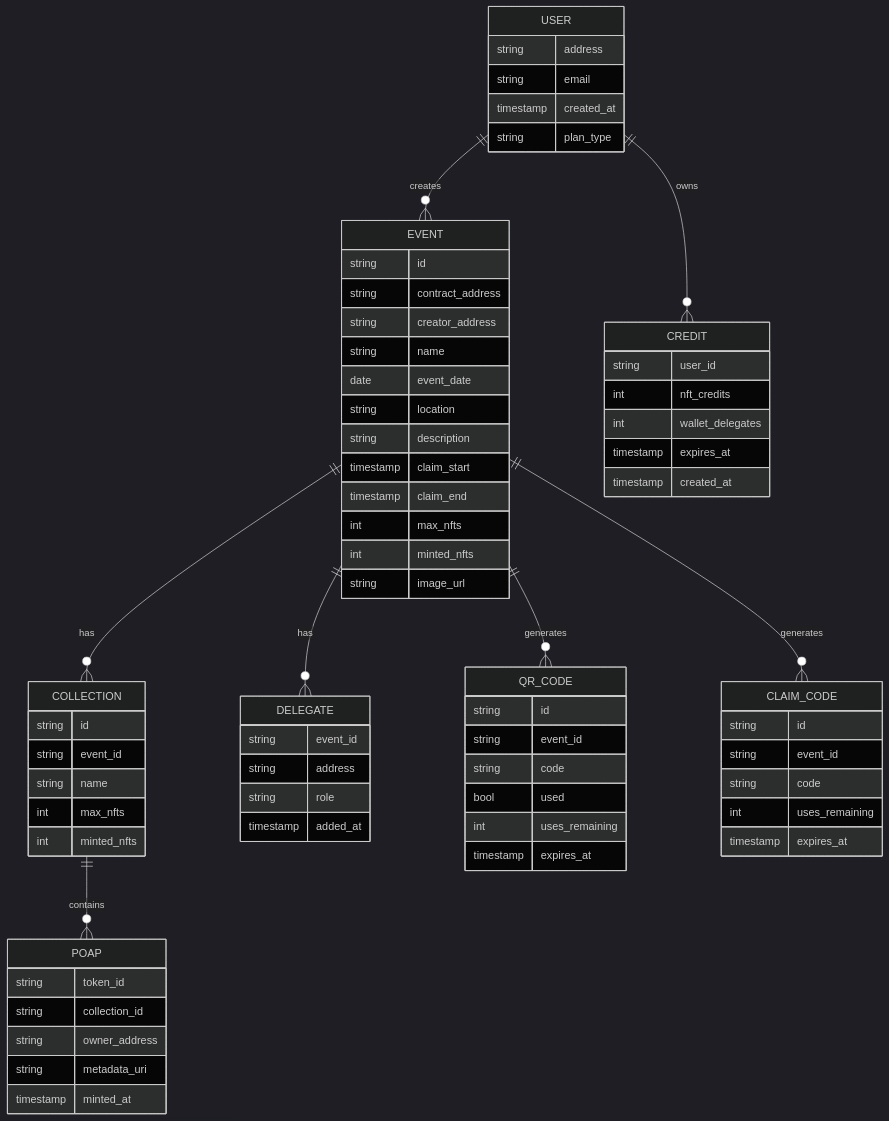
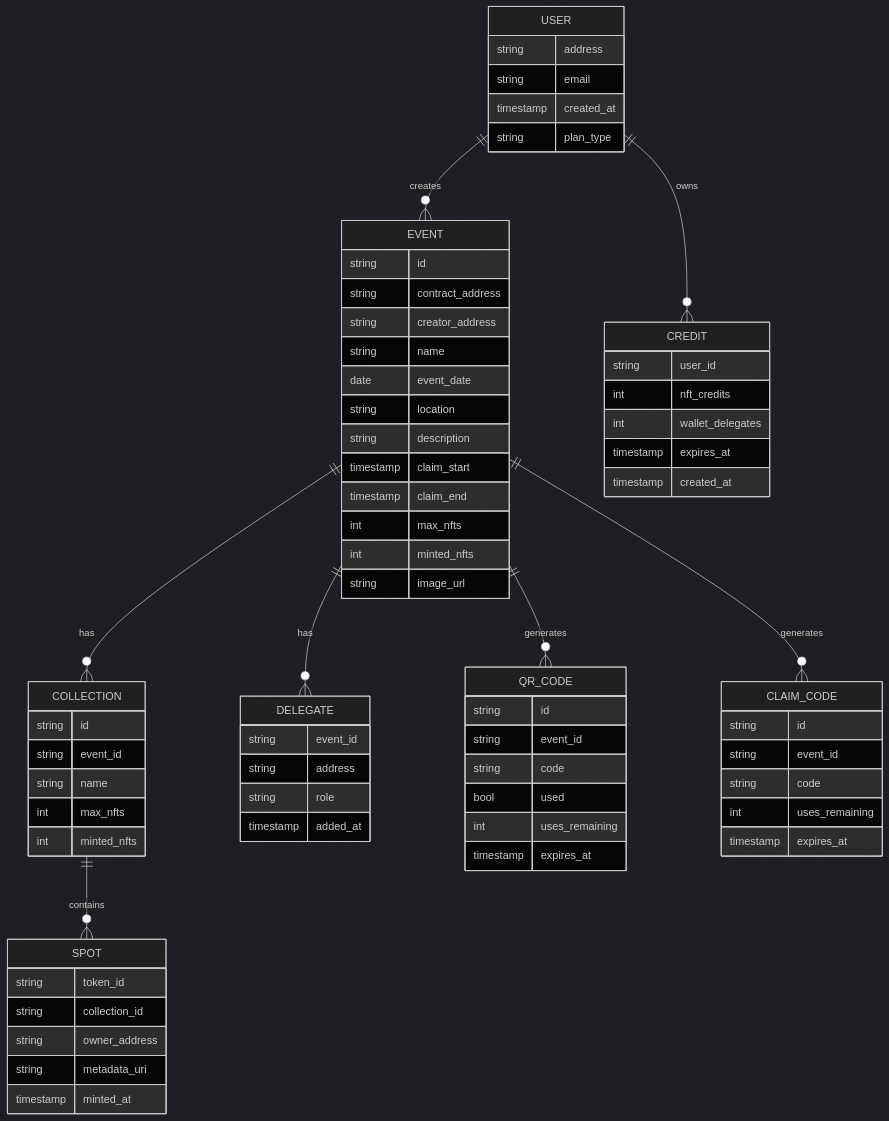
Before and after one commit to mesas01/hackatonArgentinaNov: the fifth of 10 diagrams in docs/ARCHITECTURE.md, drawn with Mermaid (dark theme). The commit also changed other lines of this file and 16 other files, not shown here.

````diff
--- a/docs/ARCHITECTURE.md
+++ b/docs/ARCHITECTURE.md
@@ -140,80 +140,80 @@
 ```mermaid
 erDiagram
     USER ||--o{ EVENT : creates
     USER ||--o{ CREDIT : owns
     EVENT ||--o{ COLLECTION : has
-    COLLECTION ||--o{ POAP : contains
+    COLLECTION ||--o{ SPOT : contains
     EVENT ||--o{ DELEGATE : has
     EVENT ||--o{ QR_CODE : generates
     EVENT ||--o{ CLAIM_CODE : generates
     
     USER {
         string address
         string email
         timestamp created_at
         string plan_type
     }
     
     CREDIT {
         string user_id
         int nft_credits
         int wallet_delegates
         timestamp expires_at
         timestamp created_at
     }
     
     EVENT {
         string id
         string contract_address
         string creator_address
         string name
         date event_date
         string location
         string description
         timestamp claim_start
         timestamp claim_end
         int max_nfts
         int minted_nfts
         string image_url
     }
     
     COLLECTION {
         string id
         string event_id
         string name
         int max_nfts
         int minted_nfts
     }
     
-    POAP {
+    SPOT {
         string token_id
         string collection_id
         string owner_address
         string metadata_uri
         timestamp minted_at
     }
     
     DELEGATE {
         string event_id
         string address
         string role
         timestamp added_at
     }
     
     QR_CODE {
         string id
         string event_id
         string code
         bool used
         int uses_remaining
         timestamp expires_at
     }
     
     CLAIM_CODE {
         string id
         string event_id
         string code
         int uses_remaining
         timestamp expires_at
     }
 ```
````
